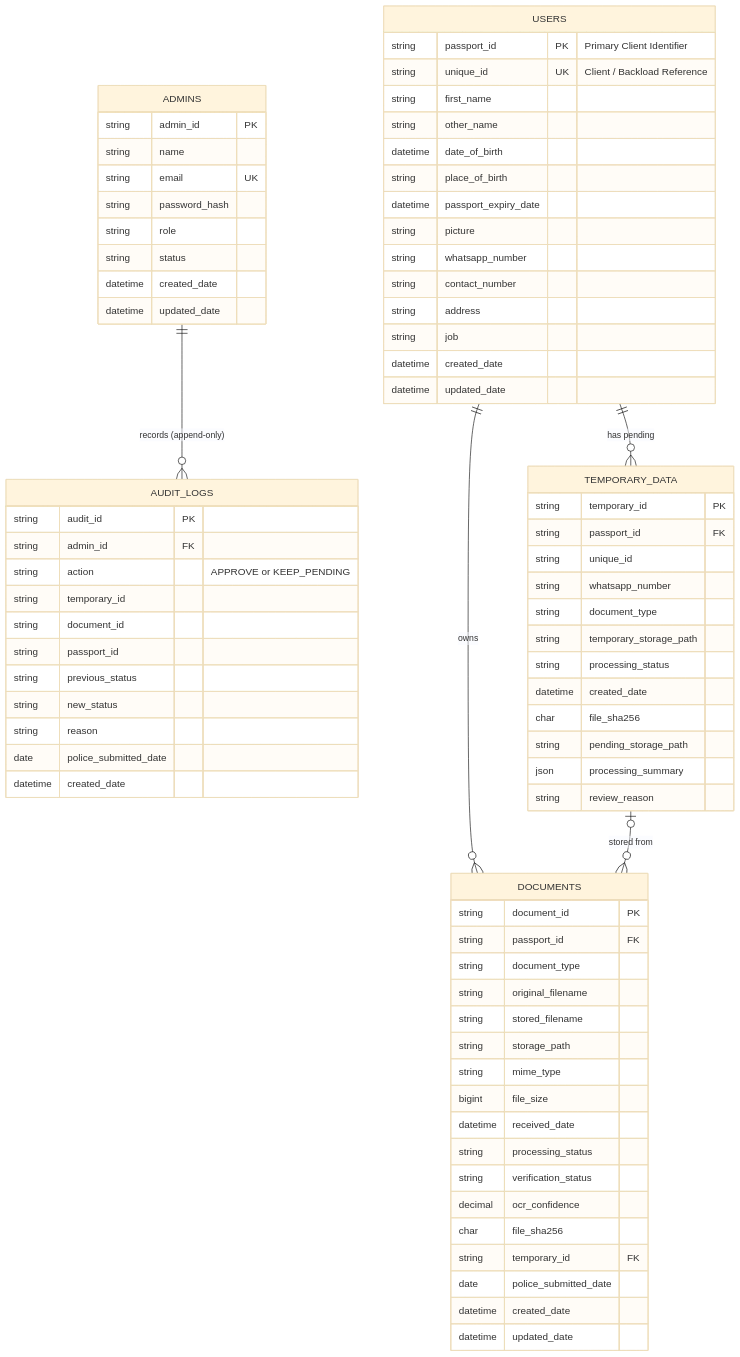
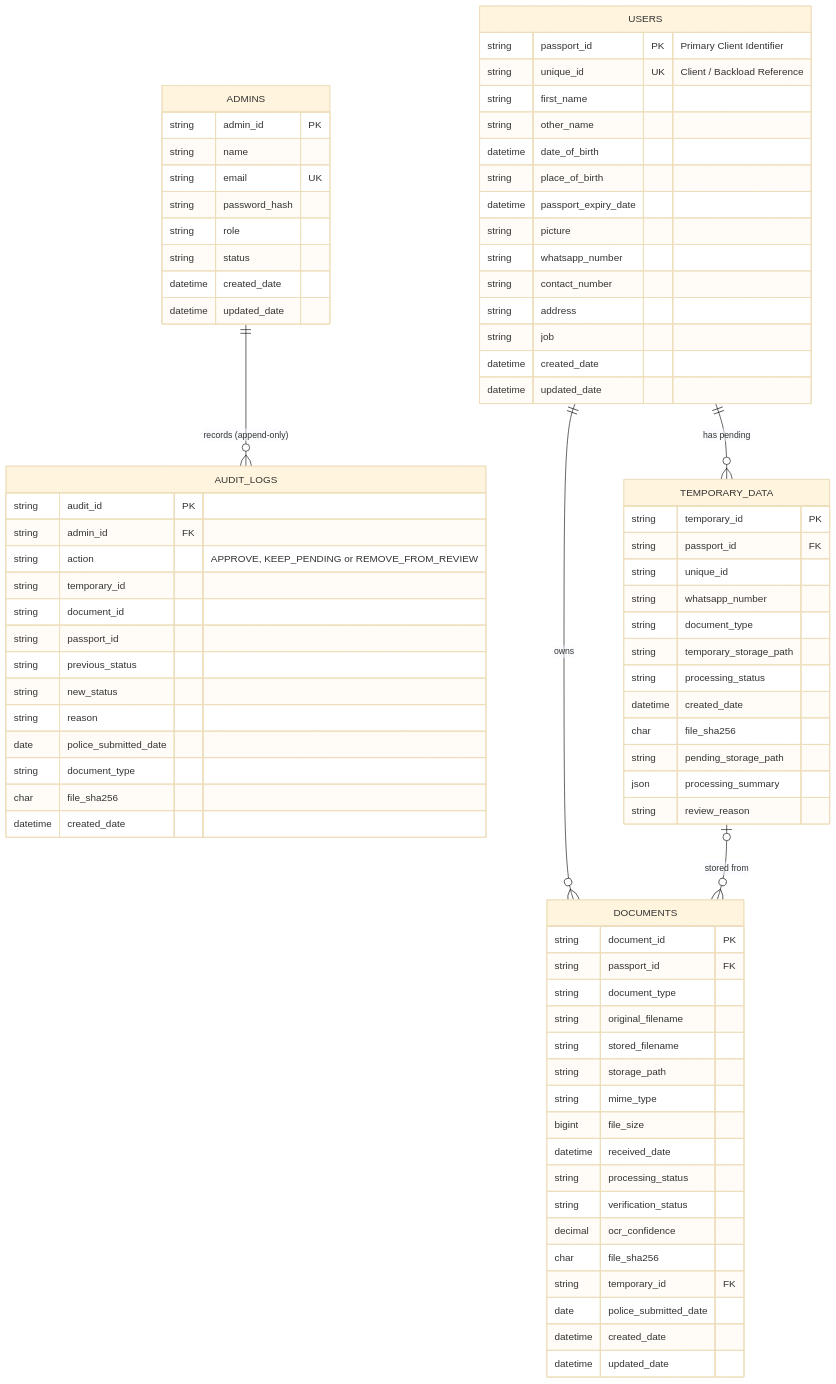
Before and after one commit to emlynk-pixel/EmlynkWABot: the fourth of 4 diagrams in README.md, drawn with Mermaid (base theme). The commit also changed other lines of this file and 12 other files, not shown here.

Commit message:
feat: add remove from review action for pending documents

```diff
--- a/README.md
+++ b/README.md
@@ -254,7 +254,7 @@
     AUDIT_LOGS {
         string audit_id PK
         string admin_id FK
-        string action "APPROVE or KEEP_PENDING"
+        string action "APPROVE, KEEP_PENDING or REMOVE_FROM_REVIEW"
         string temporary_id
         string document_id
         string passport_id
@@ -262,6 +262,8 @@
         string new_status
         string reason
         date police_submitted_date
+        string document_type
+        char file_sha256
         datetime created_date
     }
 
```
